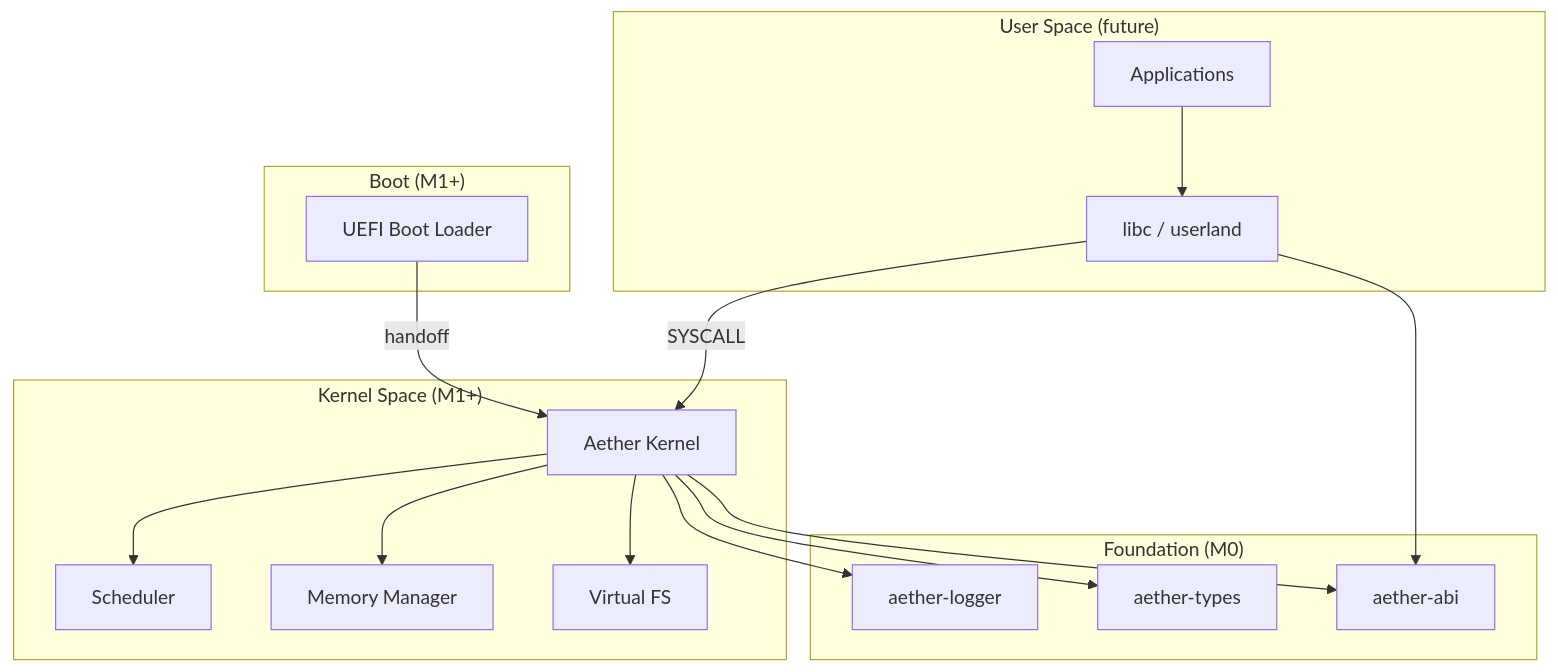
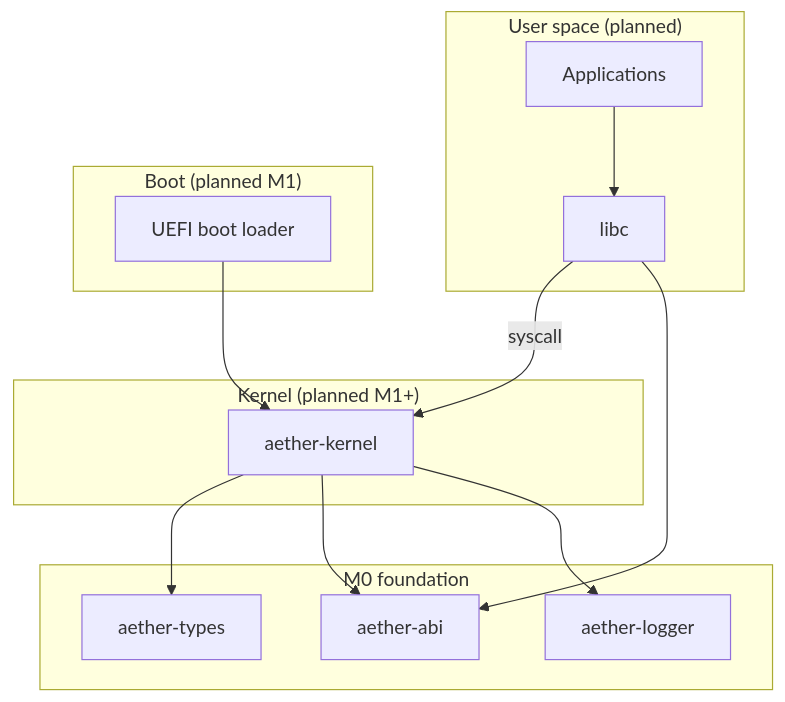
Before and after one commit to D1bakar/ather-os: the diagram in README.md, drawn with Mermaid. The commit also changed other lines of this file and 29 other files, not shown here.

Commit message:
feat(foundation): establish M0 engineering foundation for Aether OS

````diff
--- a/README.md
+++ b/README.md
@@ -32,35 +35,29 @@
 ```mermaid
 graph TB
-    subgraph "User Space (future)"
+    subgraph userspace["User space (planned)"]
         APP[Applications]
-        LIBC[libc / userland]
+        LIBC[libc]
     end
 
-    subgraph "Kernel Space (M1+)"
-        KERN[Aether Kernel]
-        SCHED[Scheduler]
-        MM[Memory Manager]
-        VFS[Virtual FS]
+    subgraph kernelspace["Kernel (planned M1+)"]
+        KERN[aether-kernel]
     end
 
-    subgraph "Boot (M1+)"
-        BOOT[UEFI Boot Loader]
+    subgraph boot["Boot (planned M1)"]
+        BL[UEFI boot loader]
     end
 
-    subgraph "Foundation (M0)"
+    subgraph m0["M0 foundation"]
         TYPES[aether-types]
         ABI[aether-abi]
         LOG[aether-logger]
     end
 
+    BL --> KERN
     APP --> LIBC
-    LIBC -->|SYSCALL| KERN
-    KERN --> SCHED
-    KERN --> MM
-    KERN --> VFS
-    BOOT -->|handoff| KERN
-    KERN --> LOG
+    LIBC -->|syscall| KERN
     KERN --> TYPES
     LIBC --> ABI
     KERN --> ABI
+    KERN --> LOG
 ```
````
